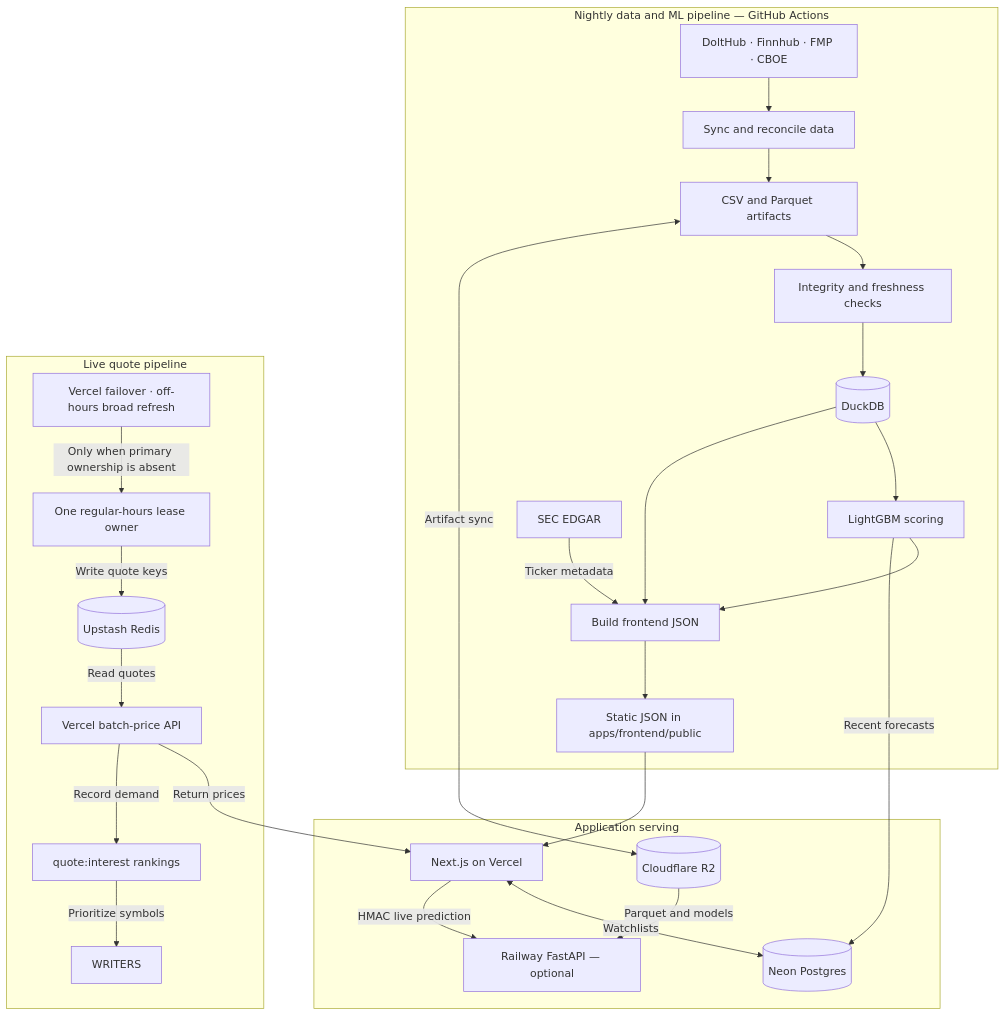
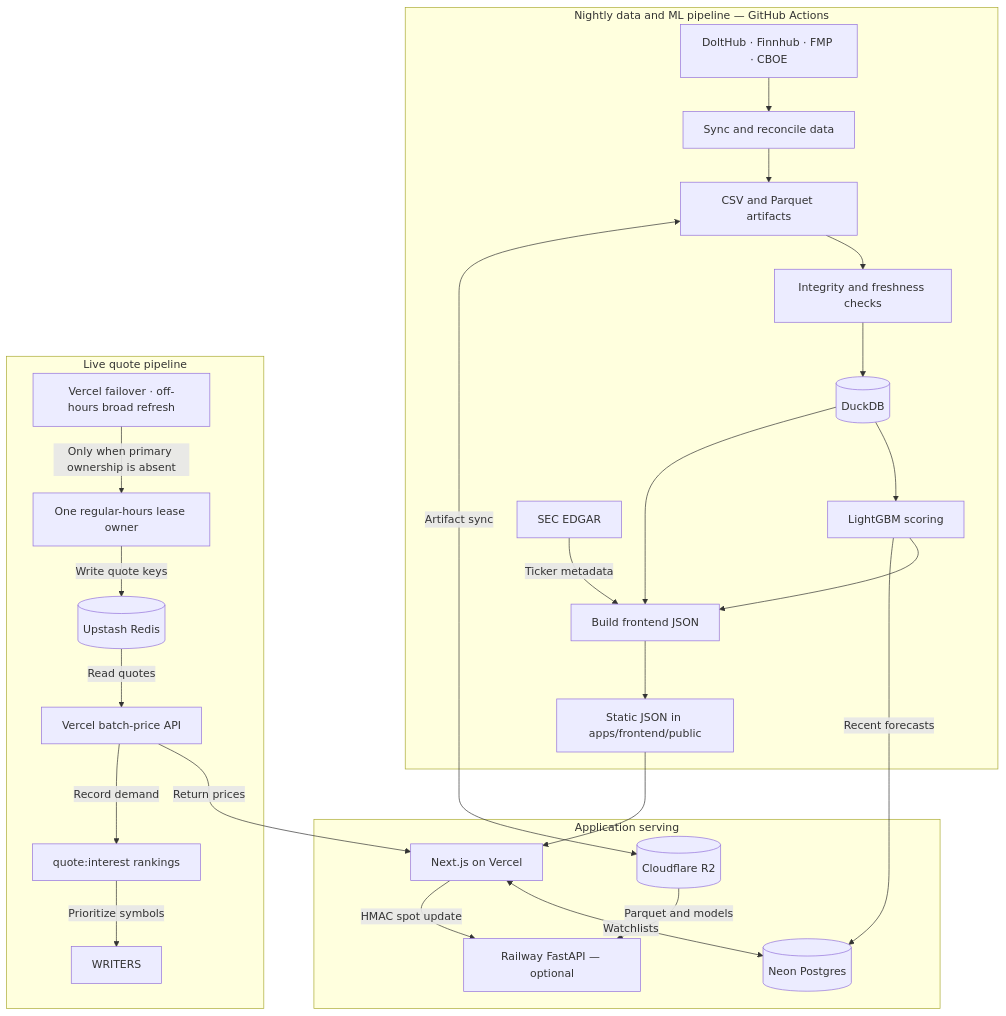
Before and after one commit to kenchengkc/quantiv: the diagram in README.md, drawn with Mermaid. The commit also changed other lines of this file and 19 other files, not shown here.

````diff
--- a/README.md
+++ b/README.md
@@ -54,49 +54,49 @@
 ```mermaid
 flowchart TB
   subgraph nightly["Nightly data and ML pipeline — GitHub Actions"]
     PROVIDERS["DoltHub · Finnhub · FMP · CBOE"]
     SYNC["Sync and reconcile data"]
     FILES["CSV and Parquet artifacts"]
     GATE["Integrity and freshness checks"]
     DUCK[(DuckDB)]
     SCORE["LightGBM scoring"]
     BUILD["Build frontend JSON"]
     PUB["Static JSON in apps/frontend/public"]
     SEC["SEC EDGAR"]
 
     PROVIDERS --> SYNC --> FILES --> GATE --> DUCK
     DUCK --> SCORE --> BUILD --> PUB
     DUCK --> BUILD
     SEC -->|Ticker metadata| BUILD
   end
 
   R2[(Cloudflare R2)]
   FILES <-->|Artifact sync| R2
 
   subgraph application["Application serving"]
     VERCEL["Next.js on Vercel"]
     RAILWAY["Railway FastAPI — optional"]
     NEON[(Neon Postgres)]
 
     PUB --> VERCEL
     VERCEL <-->|Watchlists| NEON
-    VERCEL -->|HMAC live prediction| RAILWAY
+    VERCEL -->|HMAC spot update| RAILWAY
     R2 -->|Parquet and models| RAILWAY
     SCORE -->|Recent forecasts| NEON
   end
 
   subgraph quotes["Live quote pipeline"]
     OWNER["One regular-hours lease owner"]
     FALLBACKS["Vercel failover · off-hours broad refresh"]
     UPSTASH[(Upstash Redis)]
     BATCH["Vercel batch-price API"]
     INTEREST["quote:interest rankings"]
 
     OWNER -->|Write quote keys| UPSTASH
     FALLBACKS -->|Only when primary ownership is absent| OWNER
     UPSTASH -->|Read quotes| BATCH
     BATCH -->|Return prices| VERCEL
     BATCH -->|Record demand| INTEREST
     INTEREST -->|Prioritize symbols| WRITERS
   end
 ```
````
